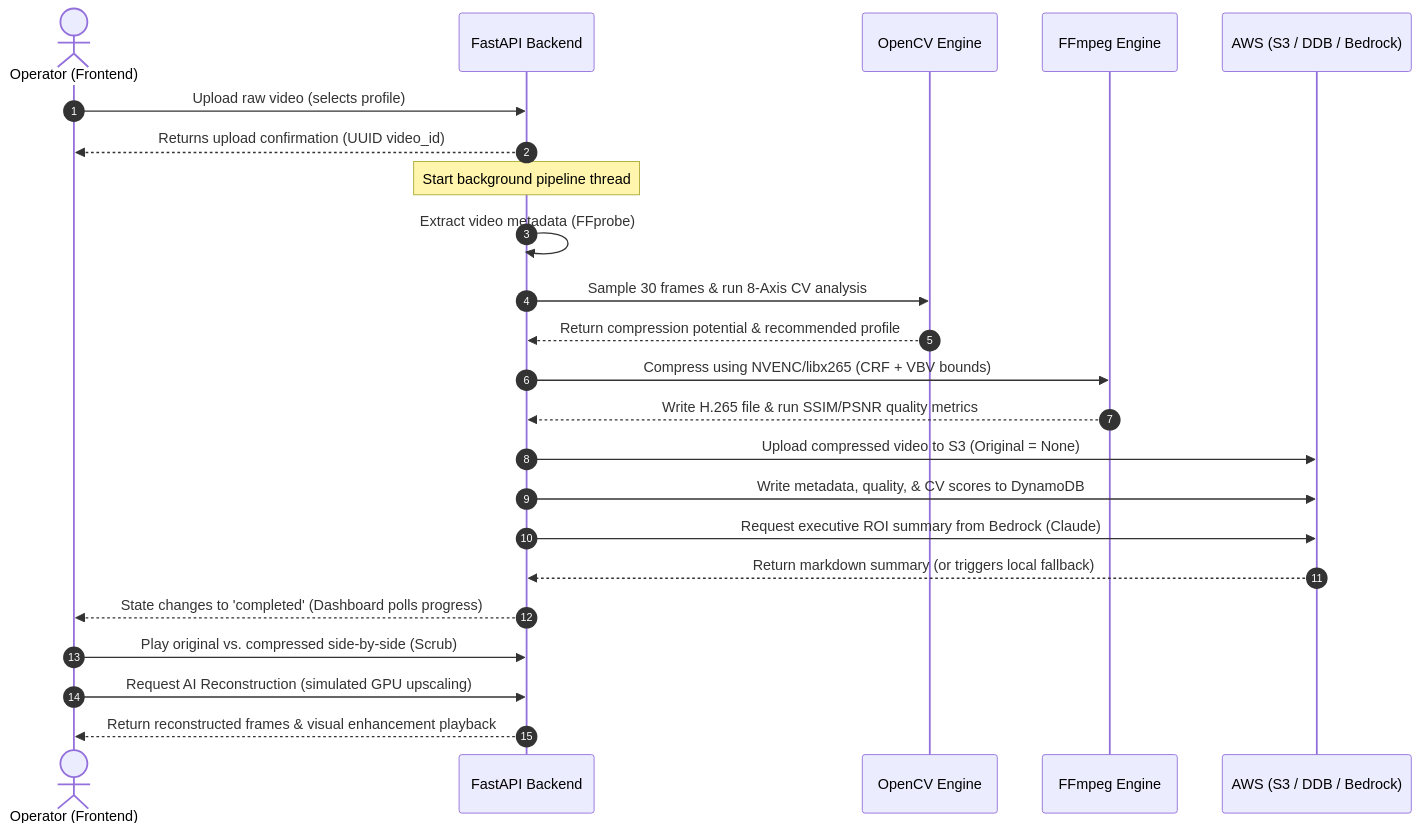
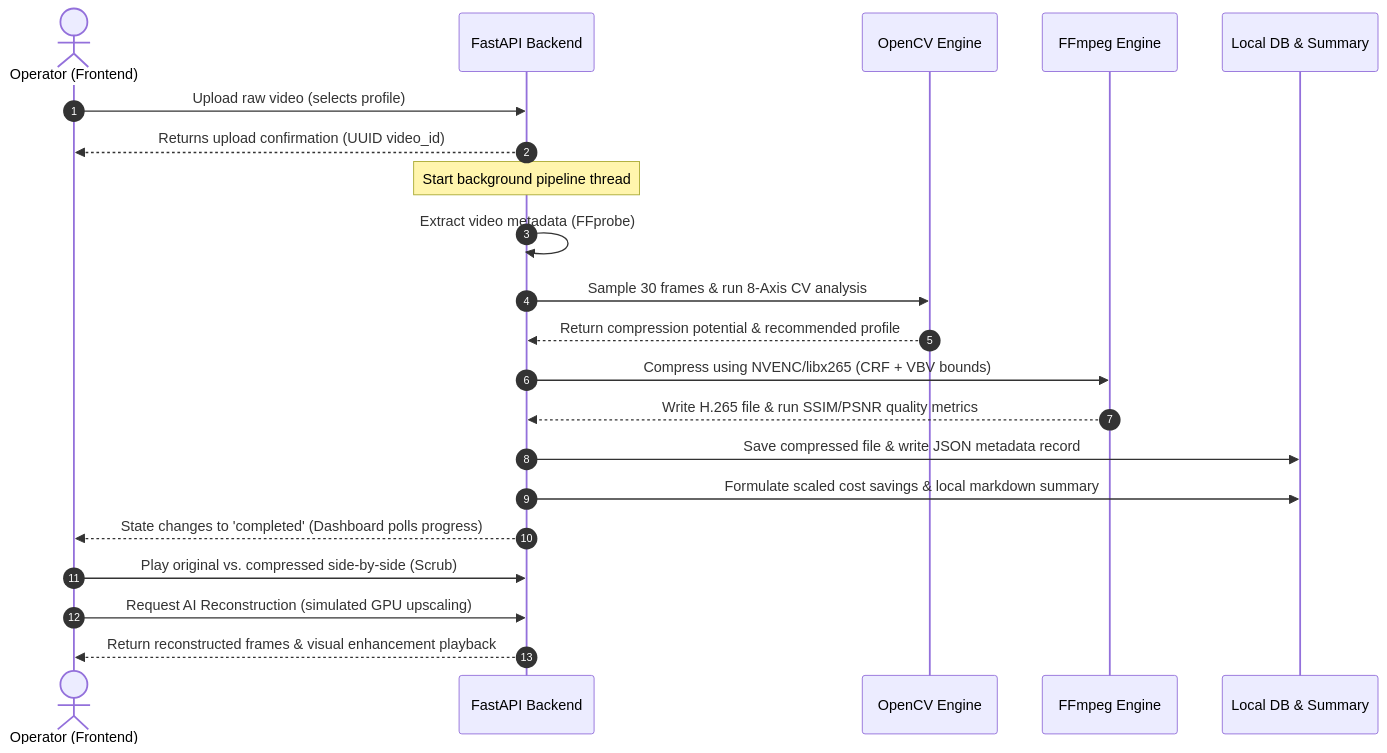
One commit to dhanush708/VisionVault-AI changed the second of 2 diagrams in README.md. Above: the diagram before and after it, drawn with Mermaid. The commit also changed other lines of this file and 13 other files, not shown here.

````diff
--- a/README.md
+++ b/README.md
@@ -139,26 +208,24 @@
 ```mermaid
 sequenceDiagram
     autonumber
     actor User as Operator (Frontend)
     participant API as FastAPI Backend
     participant CV as OpenCV Engine
     participant FF as FFmpeg Engine
-    participant AWS as AWS (S3 / DDB / Bedrock)
+    participant LDB as Local DB & Summary
 
     User->>API: Upload raw video (selects profile)
     API-->>User: Returns upload confirmation (UUID video_id)
     Note over API: Start background pipeline thread
     API->>API: Extract video metadata (FFprobe)
     API->>CV: Sample 30 frames & run 8-Axis CV analysis
     CV-->>API: Return compression potential & recommended profile
     API->>FF: Compress using NVENC/libx265 (CRF + VBV bounds)
     FF-->>API: Write H.265 file & run SSIM/PSNR quality metrics
-    API->>AWS: Upload compressed video to S3 (Original = None)
-    API->>AWS: Write metadata, quality, & CV scores to DynamoDB
-    API->>AWS: Request executive ROI summary from Bedrock (Claude)
-    AWS-->>API: Return markdown summary (or triggers local fallback)
+    API->>LDB: Save compressed file & write JSON metadata record
+    API->>LDB: Formulate scaled cost savings & local markdown summary
     API-->>User: State changes to 'completed' (Dashboard polls progress)
     User->>API: Play original vs. compressed side-by-side (Scrub)
     User->>API: Request AI Reconstruction (simulated GPU upscaling)
     API-->>User: Return reconstructed frames & visual enhancement playback
 ```
````
